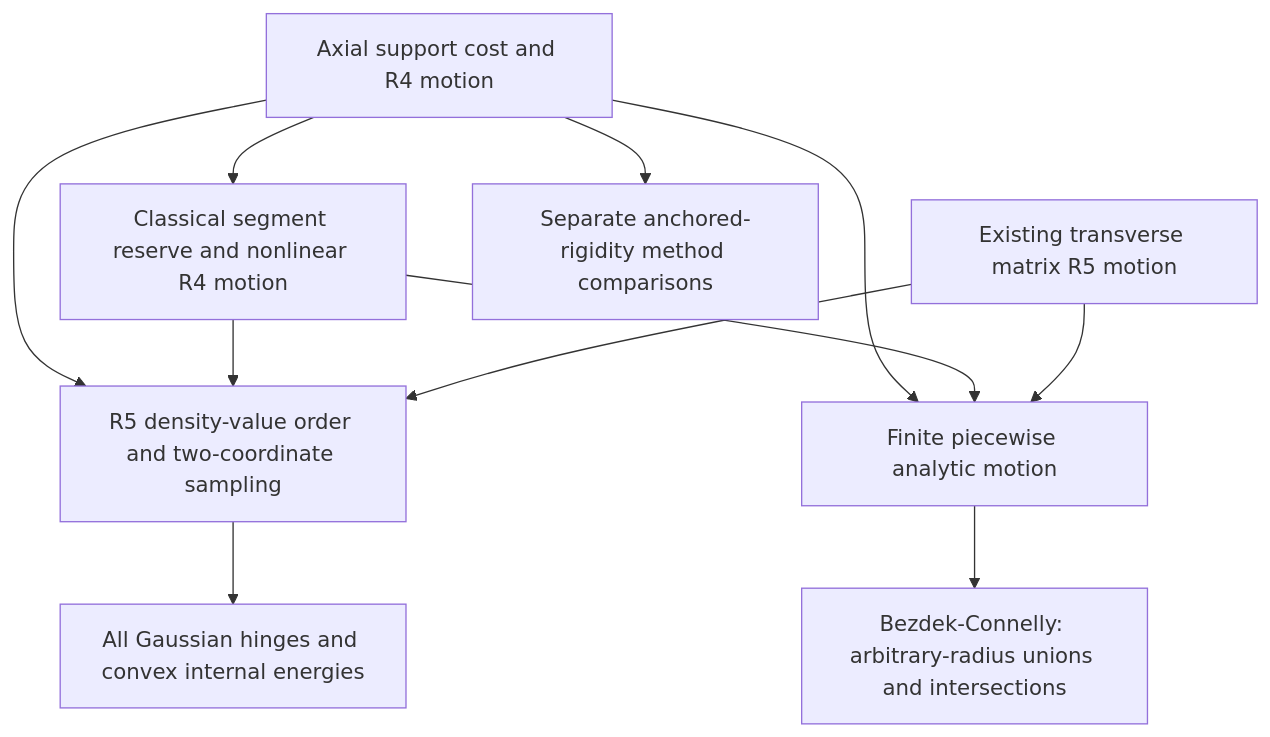
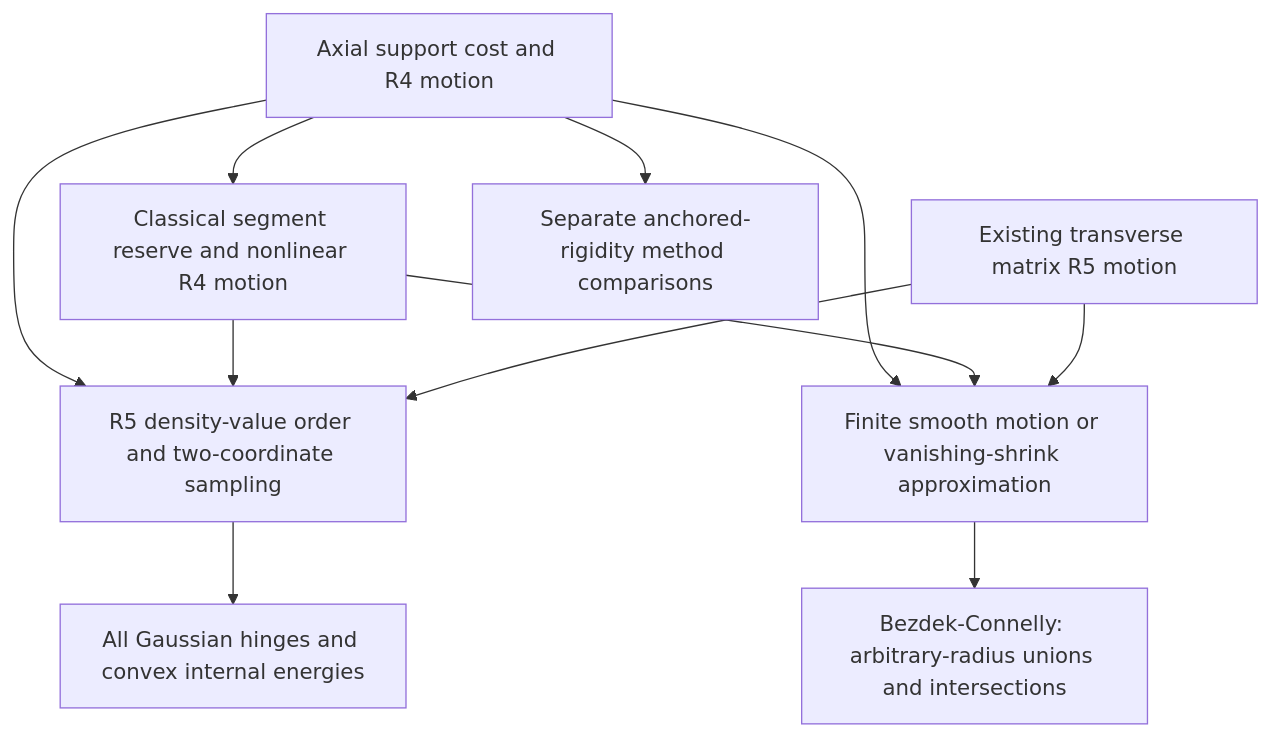
Before and after one commit to helgithorskarp/math_results: the diagram in probability/gaussian_axial_cone_rotations/REVIEW_GUIDE.md, drawn with Mermaid. The commit also changed other lines of this file and 7 other files, not shown here.

````diff
--- a/probability/gaussian_axial_cone_rotations/REVIEW_GUIDE.md
+++ b/probability/gaussian_axial_cone_rotations/REVIEW_GUIDE.md
@@ -64,13 +70,13 @@
 ```mermaid
 flowchart TD
   A[Axial support cost and R4 motion] --> R[Classical segment reserve and nonlinear R4 motion]
   A --> G[R5 density-value order and two-coordinate sampling]
   R --> G
   M[Existing transverse matrix R5 motion] --> G
   G --> H[All Gaussian hinges and convex internal energies]
-  A --> B[Finite piecewise analytic motion]
+  A --> B[Finite smooth motion or vanishing-shrink approximation]
   R --> B
   M --> B
   B --> K[Bezdek-Connelly: arbitrary-radius unions and intersections]
   A --> C[Separate anchored-rigidity method comparisons]
 ```
````
